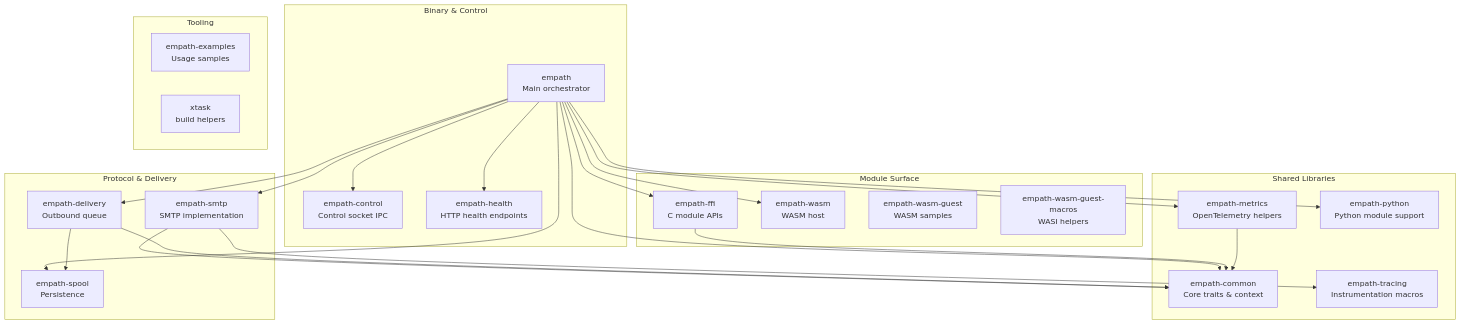
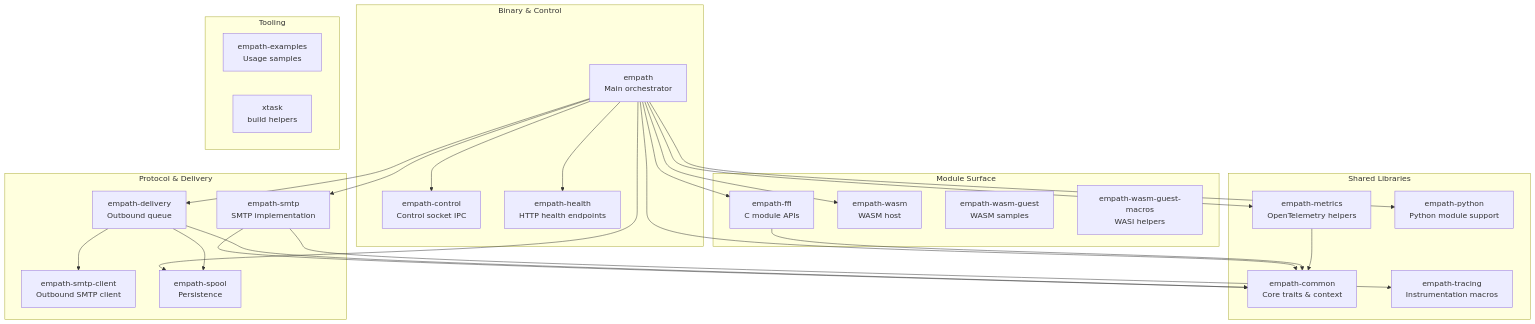
One commit to Pyxxilated-Studios/empath changed the second of 10 diagrams in docs/ARCHITECTURE.md. Above: the diagram before and after it, drawn with Mermaid. The commit also changed other lines of this file and 3 other files, not shown here.

````diff
--- a/docs/ARCHITECTURE.md
+++ b/docs/ARCHITECTURE.md
@@ -71,51 +71,53 @@
 ```mermaid
 graph TD
     subgraph "Binary & Control"
         Main[empath<br/>Main orchestrator]
         Control[empath-control<br/>Control socket IPC]
         Health[empath-health<br/>HTTP health endpoints]
     end
 
     subgraph "Shared Libraries"
         Common[empath-common<br/>Core traits & context]
         Tracing[empath-tracing<br/>Instrumentation macros]
         Metrics[empath-metrics<br/>OpenTelemetry helpers]
         Python[empath-python<br/>Python module support]
     end
 
     subgraph "Protocol & Delivery"
         SMTP[empath-smtp<br/>SMTP implementation]
+        SmtpClient[empath-smtp-client<br/>Outbound SMTP client]
         Delivery[empath-delivery<br/>Outbound queue]
         Spool[empath-spool<br/>Persistence]
     end
 
     subgraph "Module Surface"
         FFI[empath-ffi<br/>C module APIs]
         WasmHost[empath-wasm<br/>WASM host]
         WasmGuest[empath-wasm-guest<br/>WASM samples]
         WasmMacros[empath-wasm-guest-macros<br/>WASI helpers]
     end
 
     subgraph "Tooling"
         Examples[empath-examples<br/>Usage samples]
         Xt[xtask<br/>build helpers]
     end
 
     Main --> Control
     Main --> Health
     Main --> Common
     Main --> SMTP
     Main --> Delivery
     Main --> Spool
     Main --> Metrics
     Main --> Python
     Main --> FFI
     Main --> WasmHost
 
     SMTP --> Common
     SMTP --> Tracing
     Delivery --> Common
+    Delivery --> SmtpClient
     Delivery --> Spool
     FFI --> Common
     Metrics --> Common
 ```
````
